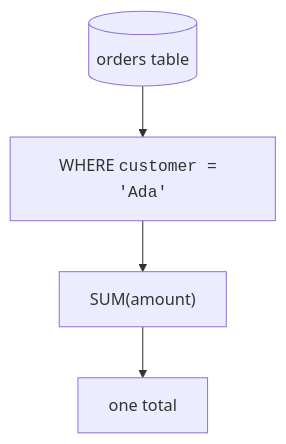
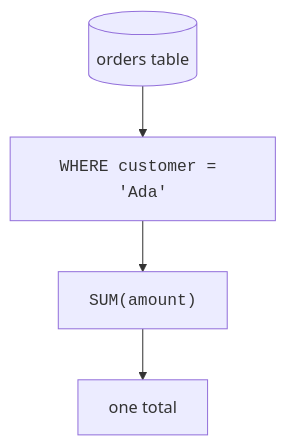
Before and after one commit to dataslope/dataslope: the fourth of 4 diagrams in content/courses/sqlite-for-beginners/aggregate-functions.mdx, drawn with Mermaid. The commit also changed other lines of this file and 283 other files, not shown here.

First line of the commit message:
Diagrams as elements, not characters: fix the box model, sweep the corpus, and make syntax breakdowns a convention (#652)

````diff
--- a/content/courses/sqlite-for-beginners/aggregate-functions.mdx
+++ b/content/courses/sqlite-for-beginners/aggregate-functions.mdx
@@ -264,6 +274,6 @@
 ```mermaid
 flowchart TD
-    T[("orders table")] --> W["WHERE <code>customer = 'Ada'</code>"]
-    W --> S["SUM(amount)"]
+    T[("orders table")] --> W["<code>WHERE customer = 'Ada'</code>"]
+    W --> S["<code>SUM(amount)</code>"]
     S --> R["one total"]
 ```
````
